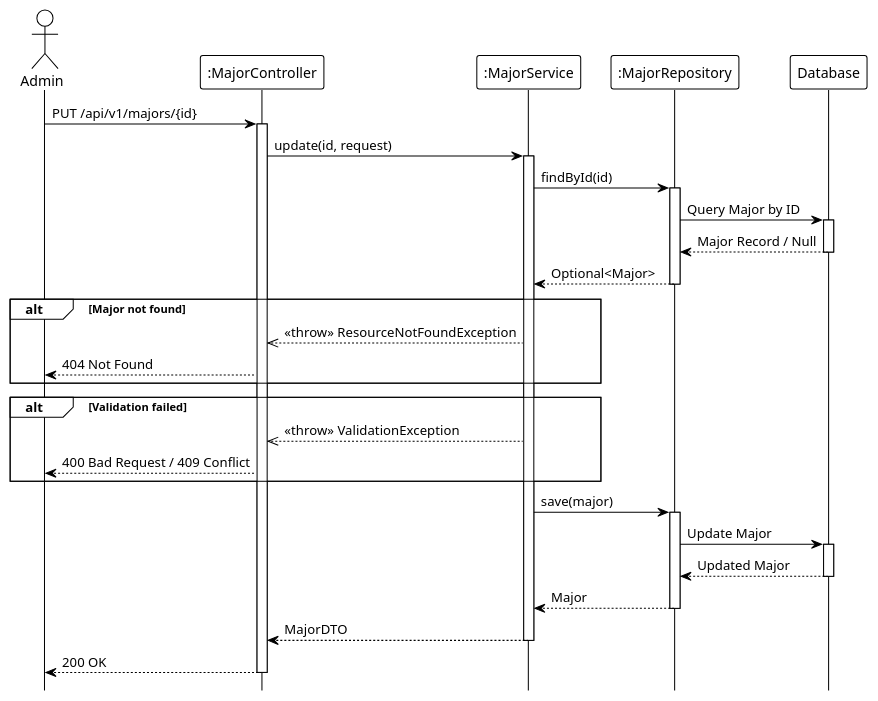
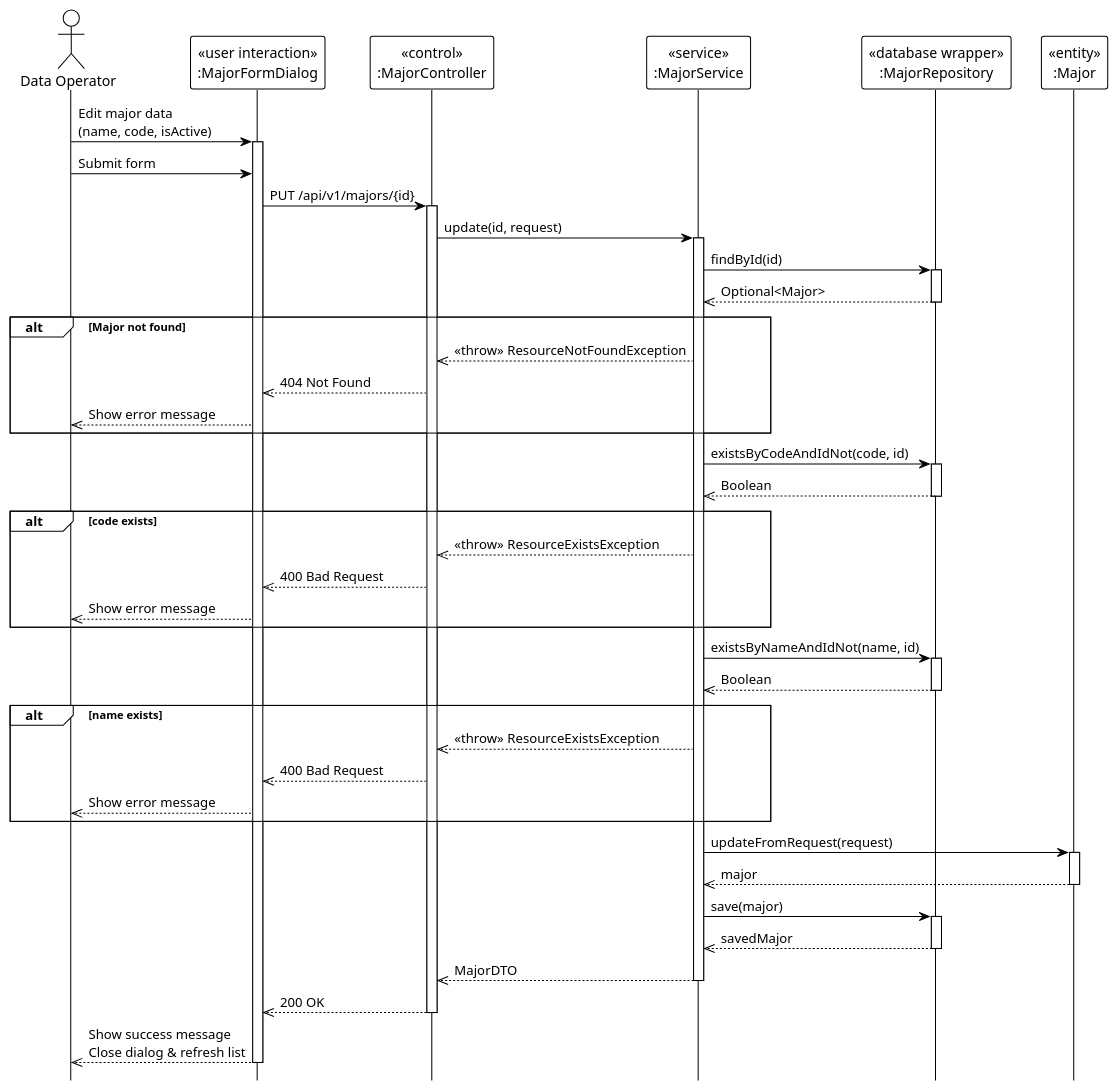
Before and after one commit to Ndh474/context: the diagram in system_detailed_design/13_update_major/sequence_diagram_update_major.puml, drawn with PlantUML. The commit also changed 6 other files, not shown here.

Commit message:
docs(system_detailed_design): add UML stereotypes to major sequence diagrams

```diff
--- a/system_detailed_design/13_update_major/sequence_diagram_update_major.puml
+++ b/system_detailed_design/13_update_major/sequence_diagram_update_major.puml
@@ -1,59 +1,80 @@
 @startuml update_major
 !theme plain
 hide footbox
 
-actor Admin
-participant ":MajorController" as Controller
-participant ":MajorService" as Service
-participant ":MajorRepository" as Repository
-participant "Database" as DB
+actor "Data Operator" as DataOperator
 
-' --- MAIN FLOW ---
-Admin -> Controller: PUT /api/v1/majors/{id}
+participant "«user interaction»\n:MajorFormDialog" as UI
+participant "«control»\n:MajorController" as Controller
+participant "«service»\n:MajorService" as Service
+participant "«database wrapper»\n:MajorRepository" as Repository
+participant "«entity»\n:Major" as Entity
+
+' === MAIN FLOW ===
+DataOperator -> UI: Edit major data\n(name, code, isActive)
+activate UI
+
+DataOperator -> UI: Submit form
+UI -> Controller: PUT /api/v1/majors/{id}
 activate Controller
 
 Controller -> Service: update(id, request)
 activate Service
 
-' --- FIND EXISTING ---
+' === FIND EXISTING ===
 Service -> Repository: findById(id)
 activate Repository
-
-Repository -> DB: Query Major by ID
-activate DB
-DB --> Repository: Major Record / Null
-deactivate DB
-
-Repository --> Service: Optional<Major>
+Repository -->> Service: Optional<Major>
 deactivate Repository
 
 alt Major not found
     Service -->> Controller: <<throw>> ResourceNotFoundException
-    Controller --> Admin: 404 Not Found
+    Controller -->> UI: 404 Not Found
+    UI -->> DataOperator: Show error message
 end
 
-' Validation logic (internal: code/name uniqueness if changed)
+' === VALIDATION ===
+Service -> Repository: existsByCodeAndIdNot(code, id)
+activate Repository
+Repository -->> Service: Boolean
+deactivate Repository
 
-alt Validation failed
-    Service -->> Controller: <<throw>> ValidationException
-    Controller --> Admin: 400 Bad Request / 409 Conflict
+alt code exists
+    Service -->> Controller: <<throw>> ResourceExistsException
+    Controller -->> UI: 400 Bad Request
+    UI -->> DataOperator: Show error message
 end
 
+Service -> Repository: existsByNameAndIdNot(name, id)
+activate Repository
+Repository -->> Service: Boolean
+deactivate Repository
+
+alt name exists
+    Service -->> Controller: <<throw>> ResourceExistsException
+    Controller -->> UI: 400 Bad Request
+    UI -->> DataOperator: Show error message
+end
+
+' === UPDATE ENTITY ===
+Service -> Entity: updateFromRequest(request)
+activate Entity
+Entity -->> Service: major
+deactivate Entity
+
+' === SAVE ===
 Service -> Repository: save(major)
 activate Repository
-
-Repository -> DB: Update Major
-activate DB
-DB --> Repository: Updated Major
-deactivate DB
-
-Repository --> Service: Major
+Repository -->> Service: savedMajor
 deactivate Repository
 
-Service --> Controller: MajorDTO
+Service -->> Controller: MajorDTO
 deactivate Service
 
-Controller --> Admin: 200 OK
+Controller -->> UI: 200 OK
 deactivate Controller
 
+UI -->> DataOperator: Show success message\nClose dialog & refresh list
+deactivate UI
+
 @enduml
```
